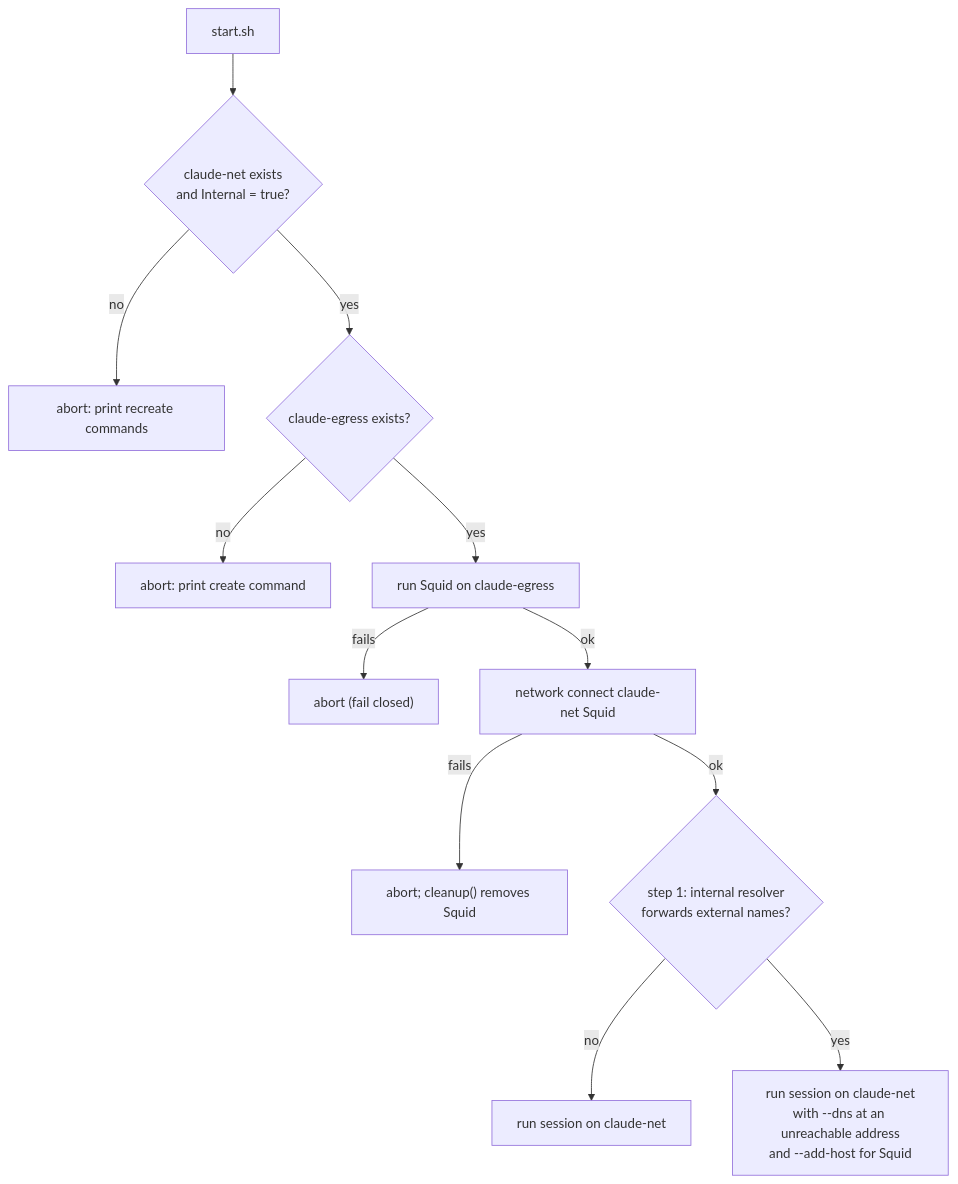
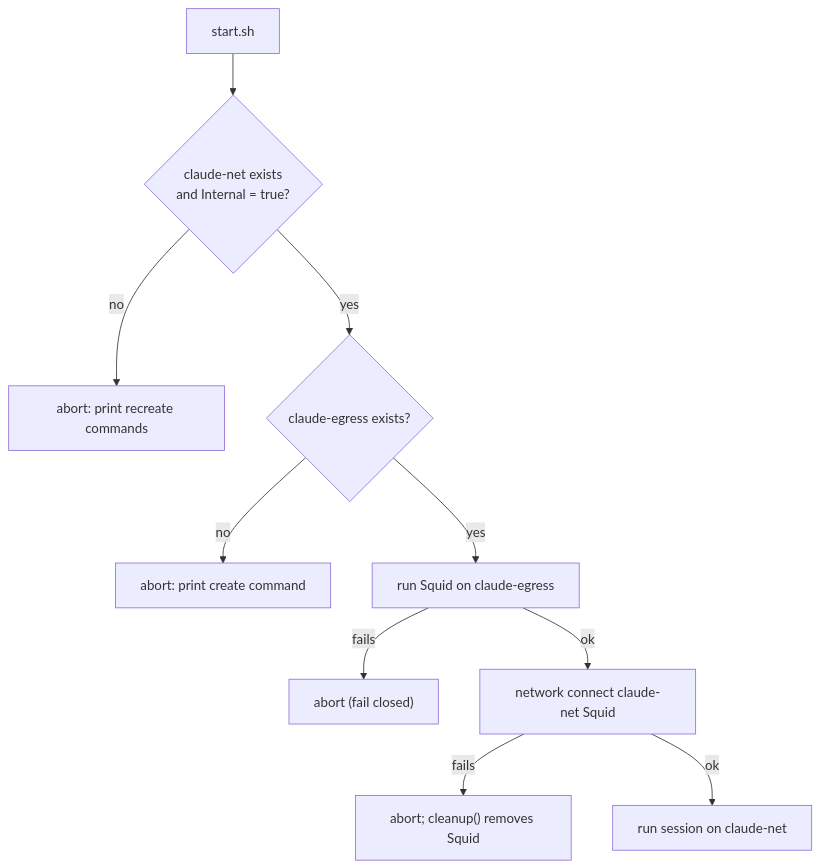
Before and after one commit to fer-osorio/claude-sandbox: the second of 2 diagrams in docs/designs/0200-egress-only-through-the-proxy.md, drawn with Mermaid. The commit also changed other lines of this file, not shown here.

First line of the commit message:
docs: record the egress spike and settle DNS (#200)

````diff
--- a/docs/designs/0200-egress-only-through-the-proxy.md
+++ b/docs/designs/0200-egress-only-through-the-proxy.md
@@ -99,14 +96,12 @@
    ```mermaid
    flowchart TD
        A["start.sh"] --> B{"claude-net exists<br/>and Internal = true?"}
        B -- no --> X1["abort: print recreate commands"]
        B -- yes --> C{"claude-egress exists?"}
        C -- no --> X2["abort: print create command"]
        C -- yes --> D["run Squid on claude-egress"]
        D -- fails --> X3["abort (fail closed)"]
        D -- ok --> E["network connect claude-net Squid"]
        E -- fails --> X4["abort; cleanup() removes Squid"]
-       E -- ok --> F{"step 1: internal resolver<br/>forwards external names?"}
-       F -- no --> G["run session on claude-net"]
-       F -- yes --> H["run session on claude-net<br/>with --dns at an unreachable address<br/>and --add-host for Squid"]
+       E -- ok --> G["run session on claude-net"]
    ```
````
